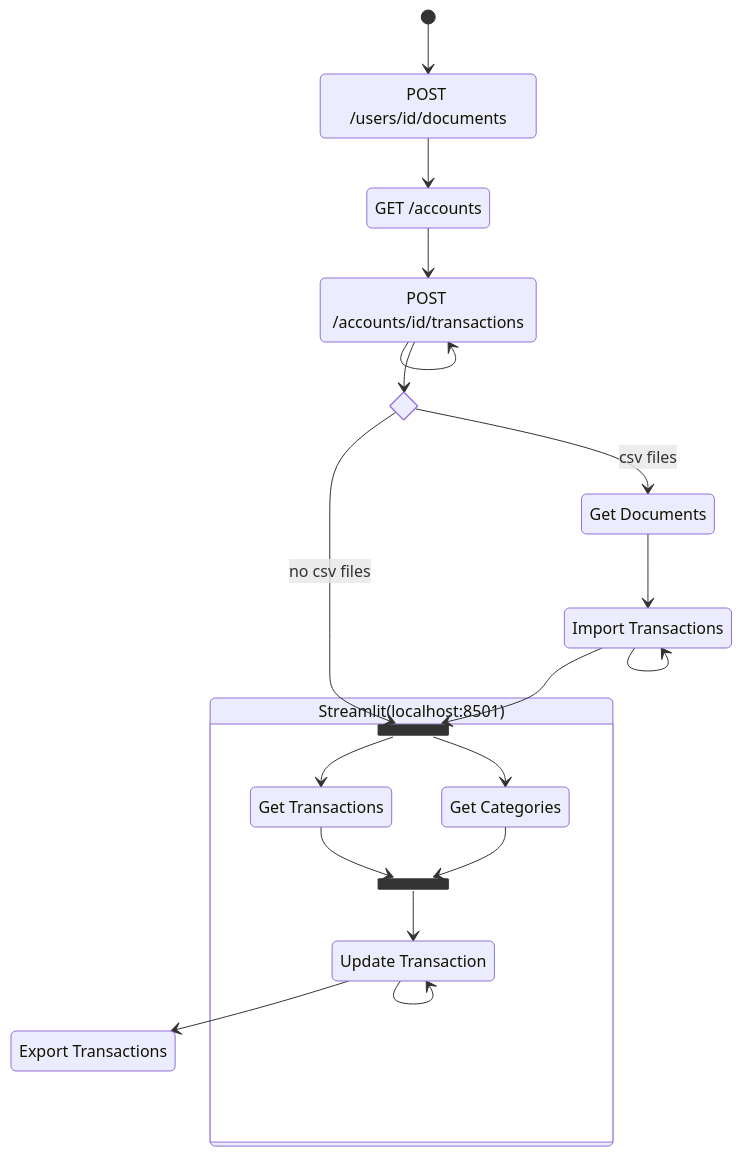
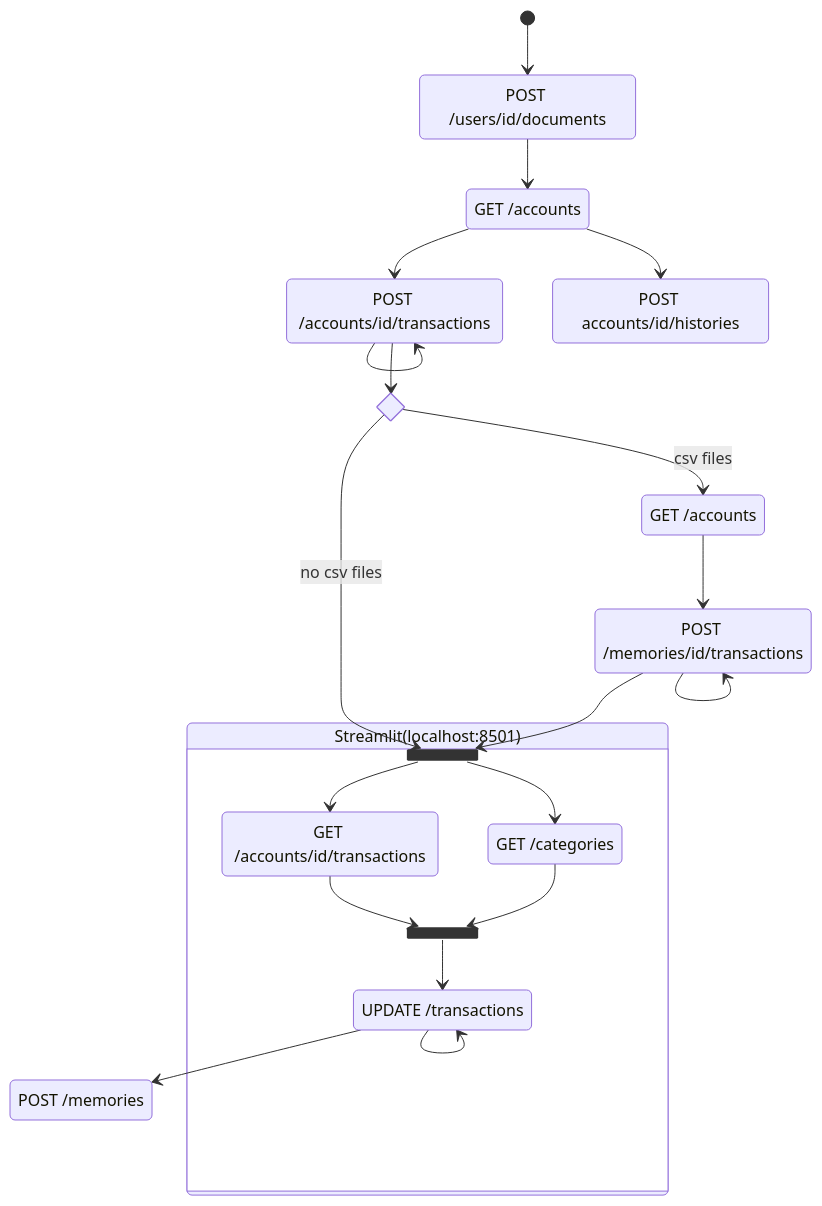
The diagram in new-service/REST/README.md (josueelias9/improving-BCP-organizate), drawn with Mermaid before and after one commit. The commit also changed other lines of this file and 7 other files, not shown here.

````diff
--- a/new-service/REST/README.md
+++ b/new-service/REST/README.md
@@ -73,37 +11,39 @@
 ```mermaid
 
 stateDiagram
 cds : POST /users/id/documents
 ct : POST /accounts/id/transactions
-it : Import Transactions
-gd : Get Documents
+it : POST /memories/id/transactions
+gd : GET /accounts
+ch : POST accounts/id/histories
 gd2 : GET /accounts
-et : Export Transactions
+et : POST /memories
 state if_state <<choice>>
 
 state Streamlit(localhost:8501) {
         state join_state <<join>>
         state fork_state <<fork>>
-        ut : Update Transaction
-        gt : Get Transactions
-        gc : Get Categories
+        ut : UPDATE /transactions
+        gt : GET /accounts/id/transactions
+        gc : GET /categories
 }
         [*] --> cds
+        gd2 --> ch
         cds --> gd2
         gd2 --> ct
         ct --> ct
         ct --> if_state
         if_state --> gd: csv files
         if_state --> join_state : no csv files
         gd --> it
         it --> it
         it --> join_state
         join_state --> gc
         join_state --> gt
         ut --> ut
         ut --> et
         gt --> fork_state
         gc --> fork_state
         fork_state --> ut
 
 ```
````
